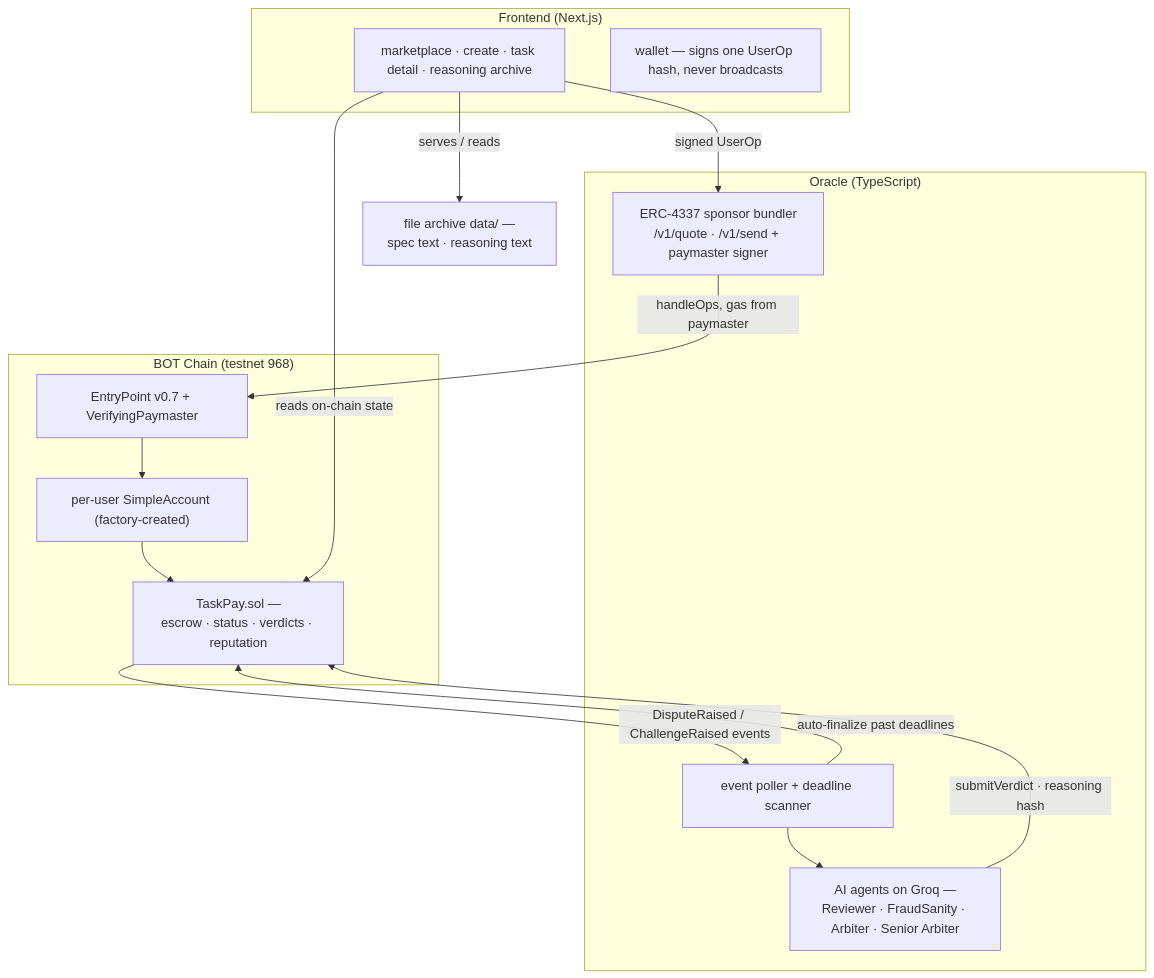
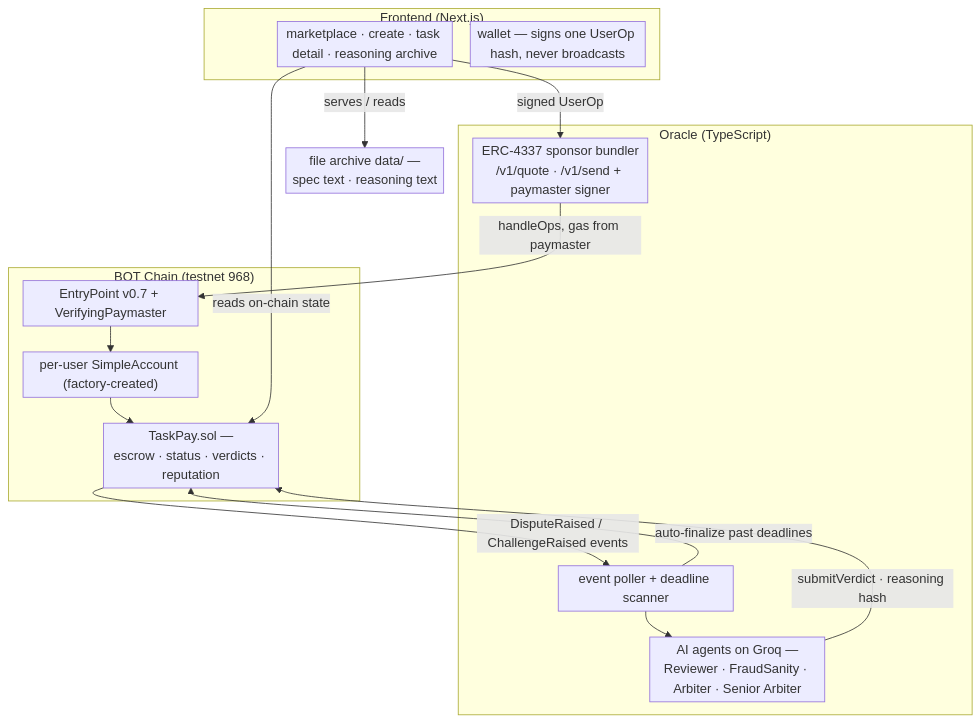
One commit to zynorr/Taskpay changed the first of 2 diagrams in README.md. Above: the diagram before and after it, drawn with Mermaid.

Commit message:
docs: compact architecture diagram spacing for larger text on GitHub
Add a flowchart init directive (nodeSpacing 16, rankSpacing 32, padding 4)
so the architecture diagram renders at ~0.69 text scale instead of 0.59.

🤖 Generated with Codebuff

````diff
--- a/README.md
+++ b/README.md
@@ -32,28 +32,29 @@
 ```mermaid
+%%{init: {"flowchart": {"nodeSpacing": 16, "rankSpacing": 32, "padding": 4, "useMaxWidth": true}}}%%
 flowchart TB
   subgraph FE["Frontend (Next.js)"]
     UI["marketplace · create · task detail · reasoning archive"]
     W["wallet — signs one UserOp hash, never broadcasts"]
   end
   subgraph OR["Oracle (TypeScript)"]
     POLL["event poller + deadline scanner"]
     AI["AI agents on Groq —<br/>Reviewer · FraudSanity · Arbiter · Senior Arbiter"]
     BUN["ERC-4337 sponsor bundler<br/>/v1/quote · /v1/send + paymaster signer"]
   end
   subgraph CH["BOT Chain (testnet 968)"]
     TP["TaskPay.sol —<br/>escrow · status · verdicts · reputation"]
     EP["EntryPoint v0.7 + VerifyingPaymaster"]
     SA["per-user SimpleAccount (factory-created)"]
   end
   ARC["file archive data/ —<br/>spec text · reasoning text"]
 
   UI -->|signed UserOp| BUN
   BUN -->|handleOps, gas from paymaster| EP
   EP --> SA --> TP
   TP -->|DisputeRaised / ChallengeRaised events| POLL
   POLL --> AI
   AI -->|"submitVerdict · reasoning hash"| TP
   POLL -->|auto-finalize past deadlines| TP
   UI -->|reads on-chain state| TP
   UI -->|serves / reads| ARC
 ```
````
